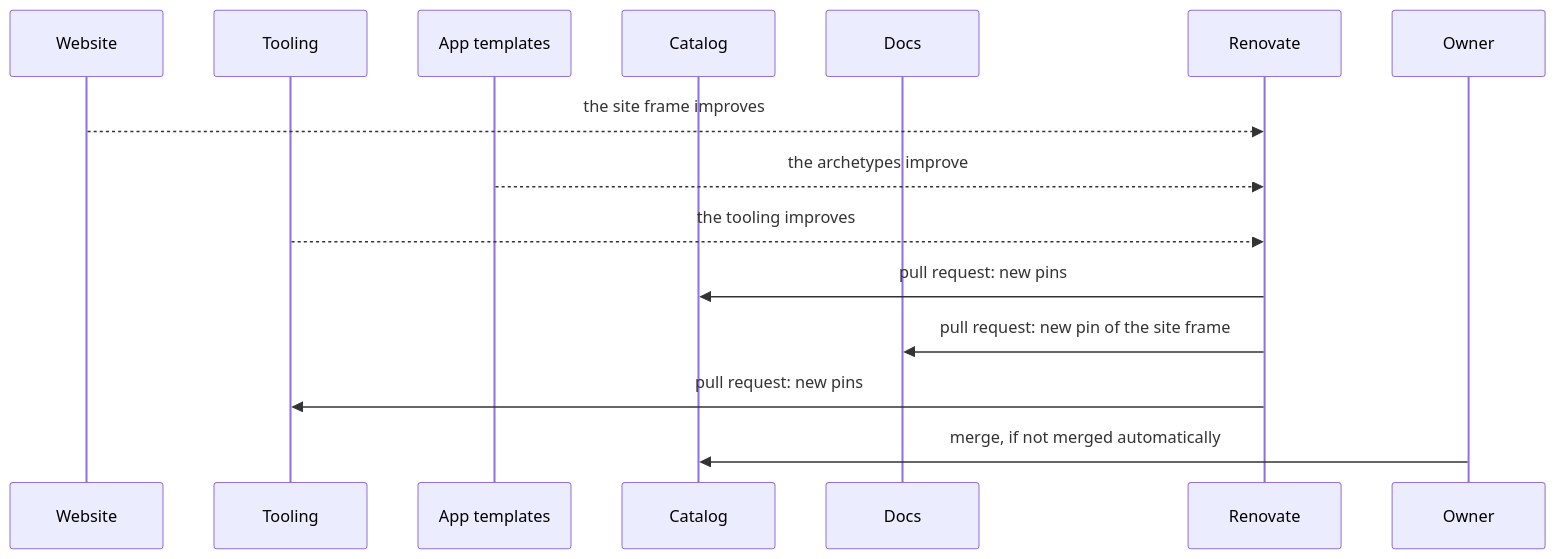
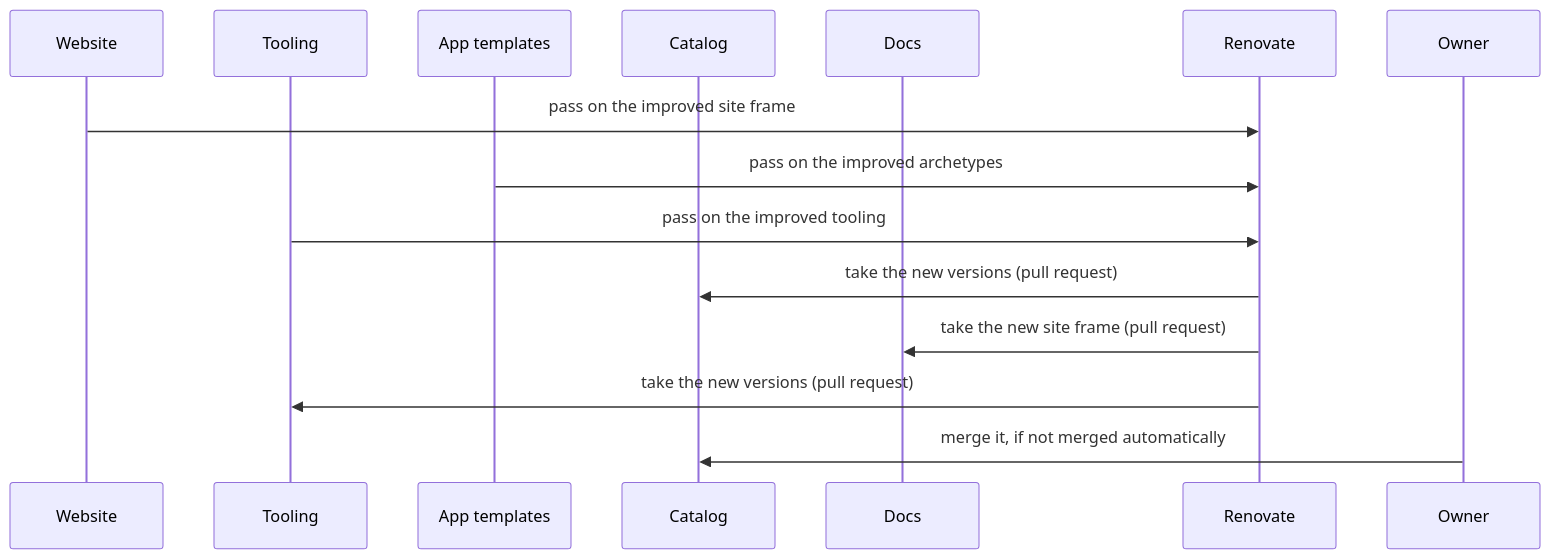
The fifth of 6 diagrams in docs/arc42/06-runtime-view.arc42.md (lernapps/docs), drawn with Mermaid before and after one commit. The commit also changed other lines of this file and 3 other files, not shown here.

First line of the commit message:
docs(overview): draw the flows as sequence diagrams

````diff
--- a/docs/arc42/06-runtime-view.arc42.md
+++ b/docs/arc42/06-runtime-view.arc42.md
@@ -199,17 +200,17 @@
 ```mermaid
 sequenceDiagram
     participant website as Website
     participant tooling as Tooling
     participant templates as App templates
     participant catalog as Catalog
     participant docs as Docs
     participant renovate as Renovate
     participant owner as Owner
-    website-->>renovate: the site frame improves
-    templates-->>renovate: the archetypes improve
-    tooling-->>renovate: the tooling improves
-    renovate->>catalog: pull request: new pins
-    renovate->>docs: pull request: new pin of the site frame
-    renovate->>tooling: pull request: new pins
-    owner->>catalog: merge, if not merged automatically
+    website->>renovate: pass on the improved site frame
+    templates->>renovate: pass on the improved archetypes
+    tooling->>renovate: pass on the improved tooling
+    renovate->>catalog: take the new versions (pull request)
+    renovate->>docs: take the new site frame (pull request)
+    renovate->>tooling: take the new versions (pull request)
+    owner->>catalog: merge it, if not merged automatically
 ```
````
